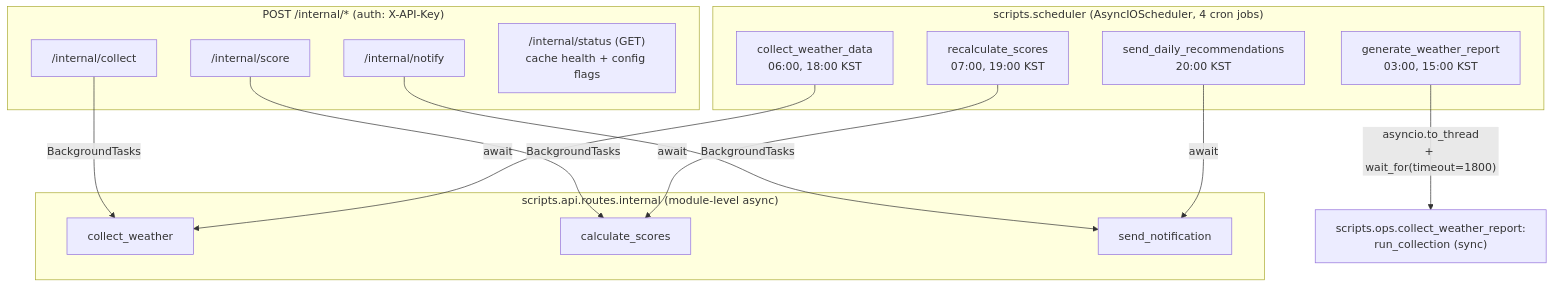
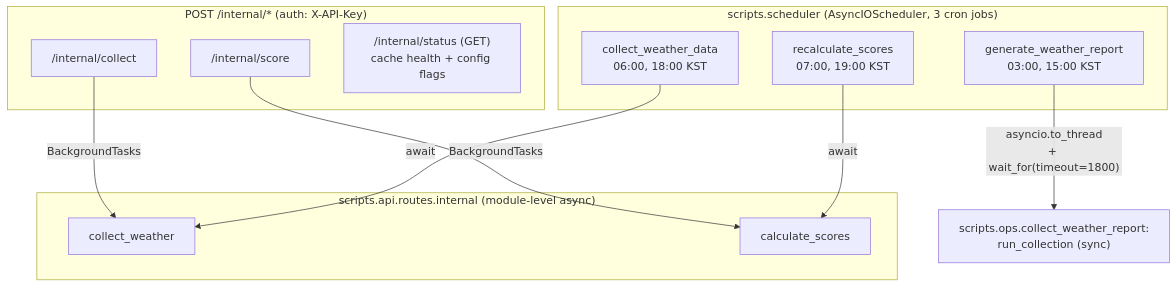
One commit to Donghun1q2w/weather_lens changed the third of 8 diagrams in CLAUDE.md. Above: the diagram before and after it, drawn with Mermaid. The commit also changed other lines of this file and 13 other files, not shown here.

````diff
--- a/CLAUDE.md
+++ b/CLAUDE.md
@@ -110,29 +109,25 @@
 ```mermaid
 flowchart TB
-    subgraph Sched["scripts.scheduler (AsyncIOScheduler, 4 cron jobs)"]
+    subgraph Sched["scripts.scheduler (AsyncIOScheduler, 3 cron jobs)"]
         J1["collect_weather_data<br/>06:00, 18:00 KST"]
         J2["generate_weather_report<br/>03:00, 15:00 KST"]
         J3["recalculate_scores<br/>07:00, 19:00 KST"]
-        J4["send_daily_recommendations<br/>20:00 KST"]
     end
 
     subgraph Logic["scripts.api.routes.internal (module-level async)"]
         F1[collect_weather]
         F3[calculate_scores]
-        F4[send_notification]
     end
 
     OPS["scripts.ops.collect_weather_report:<br/>run_collection (sync)"]
 
     J1 -- await --> F1
     J3 -- await --> F3
-    J4 -- await --> F4
     J2 -- "asyncio.to_thread<br/>+ wait_for(timeout=1800)" --> OPS
 
     subgraph API["POST /internal/* (auth: X-API-Key)"]
         E1["/internal/collect"]   -- BackgroundTasks --> F1
         E3["/internal/score"]     -- BackgroundTasks --> F3
-        E4["/internal/notify"]    -- BackgroundTasks --> F4
         E5["/internal/status (GET)<br/>cache health + config flags"]
     end
 ```
````
